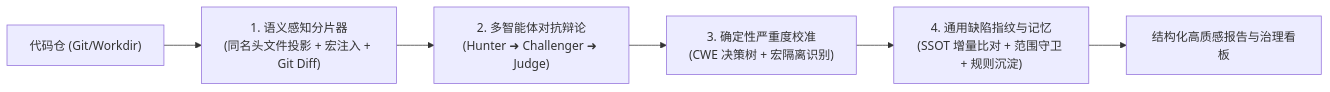
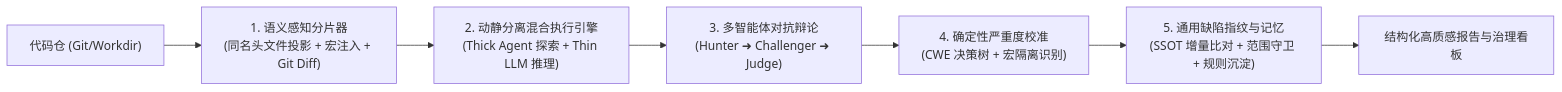
Before and after one commit to fugui/code-shield: the diagram in docs/CodeShield-智能扫描引擎与任务配置使用手册.md, drawn with Mermaid. The commit also changed other lines of this file and 1 other file, not shown here.

````diff
--- a/docs/CodeShield-智能扫描引擎与任务配置使用手册.md
+++ b/docs/CodeShield-智能扫描引擎与任务配置使用手册.md
@@ -33,8 +34,9 @@
 ```mermaid
 flowchart LR
     A["代码仓 (Git/Workdir)"] --> B["1. 语义感知分片器\n(同名头文件投影 + 宏注入 + Git Diff)"]
-    B --> C["2. 多智能体对抗辩论\n(Hunter ➜ Challenger ➜ Judge)"]
-    C --> D["3. 确定性严重度校准\n(CWE 决策树 + 宏隔离识别)"]
-    D --> E["4. 通用缺陷指纹与记忆\n(SSOT 增量比对 + 范围守卫 + 规则沉淀)"]
-    E --> F["结构化高质感报告与治理看板"]
+    B --> C["2. 动静分离混合执行引擎\n(Thick Agent 探索 + Thin LLM 推理)"]
+    C --> D["3. 多智能体对抗辩论\n(Hunter ➜ Challenger ➜ Judge)"]
+    D --> E["4. 确定性严重度校准\n(CWE 决策树 + 宏隔离识别)"]
+    E --> F["5. 通用缺陷指纹与记忆\n(SSOT 增量比对 + 范围守卫 + 规则沉淀)"]
+    F --> G["结构化高质感报告与治理看板"]
 ```
````
